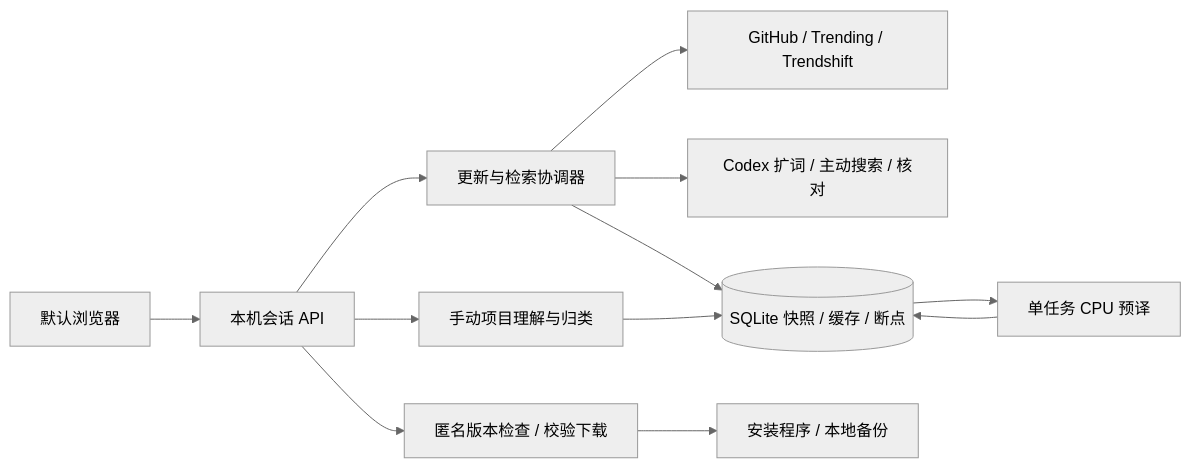
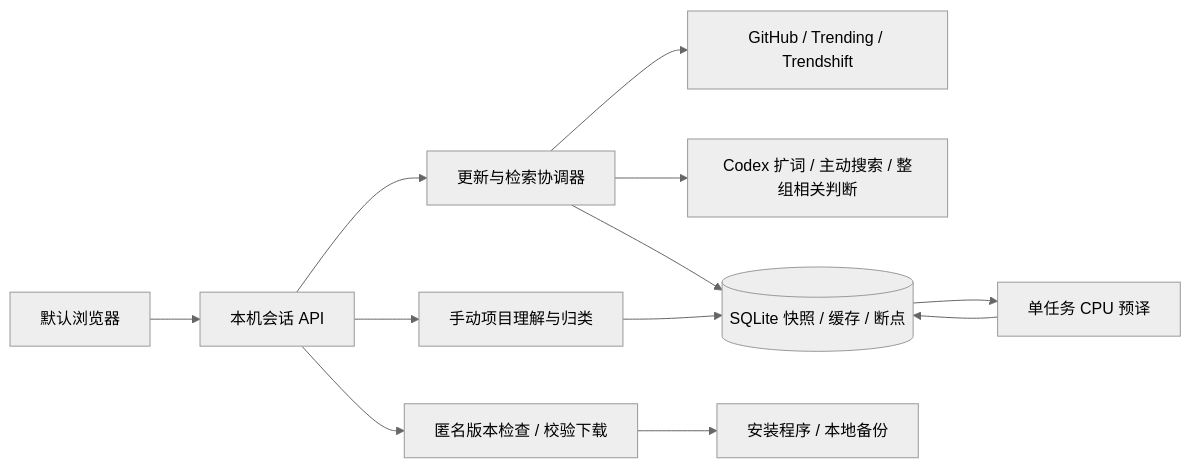
Before and after one commit to AetheriusLumina/StarTrail: the diagram in README.md, drawn with Mermaid (neutral theme). The commit also changed other lines of this file and 31 other files, not shown here.

````diff
--- a/README.md
+++ b/README.md
@@ -200,14 +201,14 @@
 ```mermaid
 flowchart LR
     Browser[默认浏览器] --> API[本机会话 API]
     API --> Jobs[更新与检索协调器]
     Jobs --> Sources[GitHub / Trending / Trendshift]
-    Jobs --> AI[Codex 扩词 / 主动搜索 / 核对]
+    Jobs --> AI[Codex 扩词 / 主动搜索 / 整组相关判断]
     Jobs --> DB[(SQLite 快照 / 缓存 / 断点)]
     API --> Detail[手动项目理解与归类]
     Detail --> DB
     DB --> Translate[单任务 CPU 预译]
     Translate --> DB
     API --> Release[匿名版本检查 / 校验下载]
     Release --> Installer[安装程序 / 本地备份]
 ```
````
